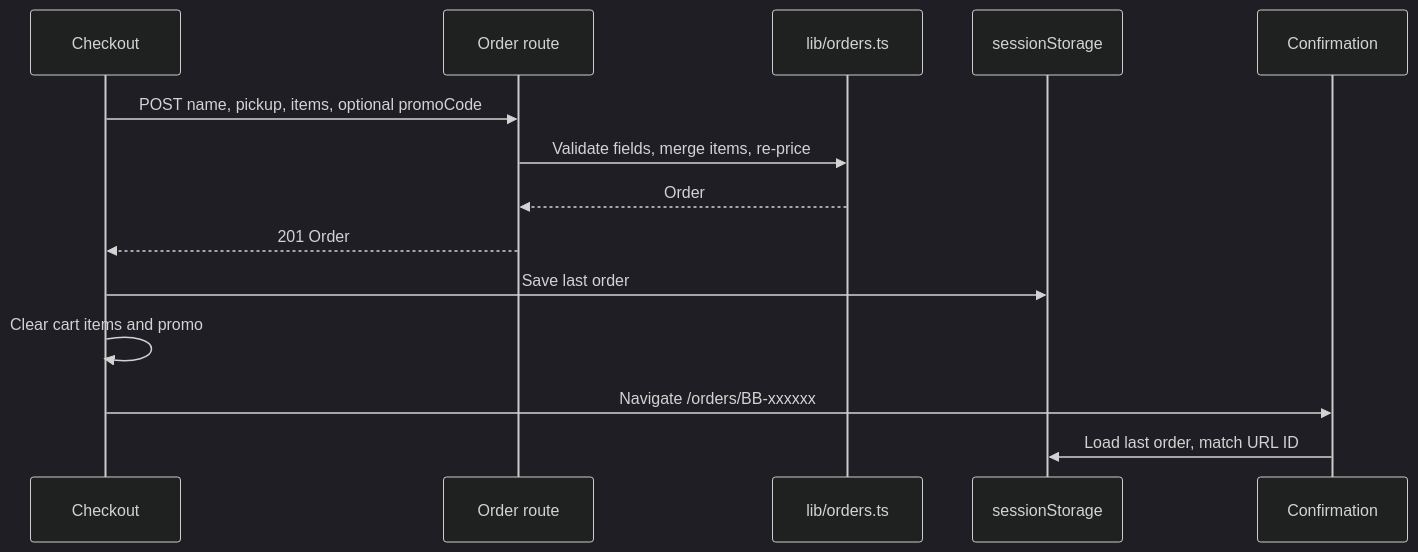
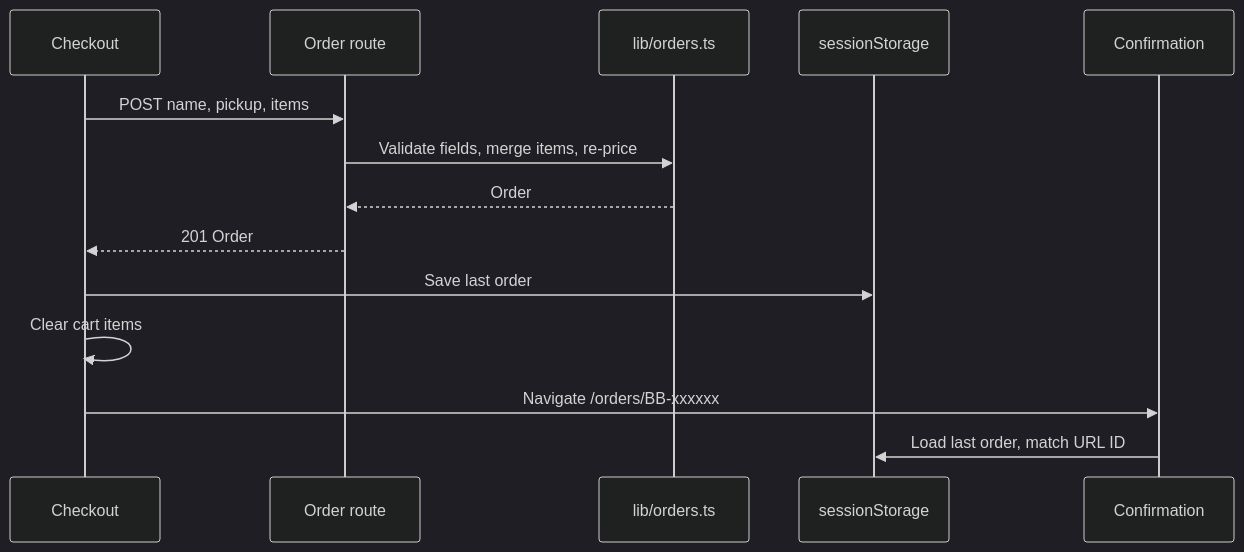
One commit to FactoryDemo/demo-storefront-practice changed the diagram in droid-wiki/features/checkout.md. Above: the diagram before and after it, drawn with Mermaid (dark theme). The commit also changed other lines of this file and 16 other files, not shown here.

````diff
--- a/droid-wiki/features/checkout.md
+++ b/droid-wiki/features/checkout.md
@@ -30,16 +29,16 @@
 ```mermaid
 sequenceDiagram
   participant C as Checkout
   participant A as Order route
   participant L as lib/orders.ts
   participant S as sessionStorage
   participant P as Confirmation
-  C->>A: POST name, pickup, items, optional promoCode
+  C->>A: POST name, pickup, items
   A->>L: Validate fields, merge items, re-price
   L-->>A: Order
   A-->>C: 201 Order
   C->>S: Save last order
-  C->>C: Clear cart items and promo
+  C->>C: Clear cart items
   C->>P: Navigate /orders/BB-xxxxxx
   P->>S: Load last order, match URL ID
 ```
````
